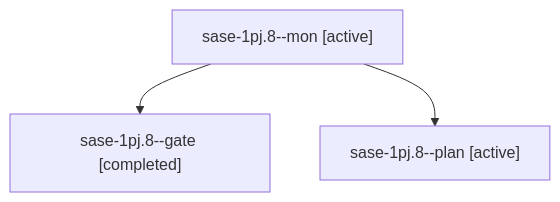
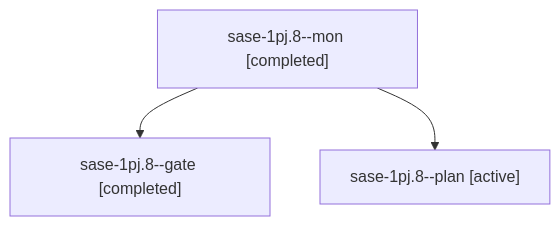
One commit to sase-org/sase--agents changed the diagram in sessions/bbugyi200.athena.sase-1pj.8.md. Above: the diagram before and after it, drawn with Mermaid. The commit also changed other lines of this file and 227 other files, not shown here.

````diff
--- a/sessions/bbugyi200.athena.sase-1pj.8.md
+++ b/sessions/bbugyi200.athena.sase-1pj.8.md
@@ -9,8 +9,8 @@
 ```mermaid
 flowchart TD
-  n0["sase-1pj.8--mon [active]"]
+  n0["sase-1pj.8--mon [completed]"]
   n1["sase-1pj.8--gate [completed]"]
   n0 --> n1
   n2["sase-1pj.8--plan [active]"]
   n0 --> n2
 ```
````
